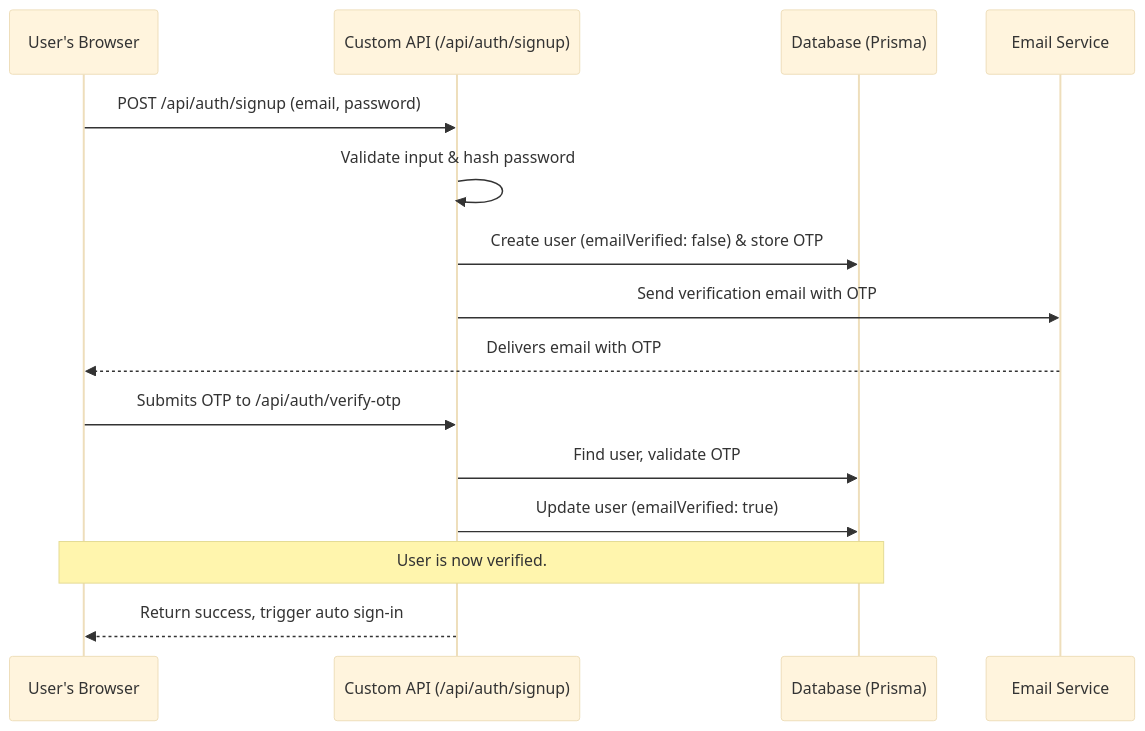
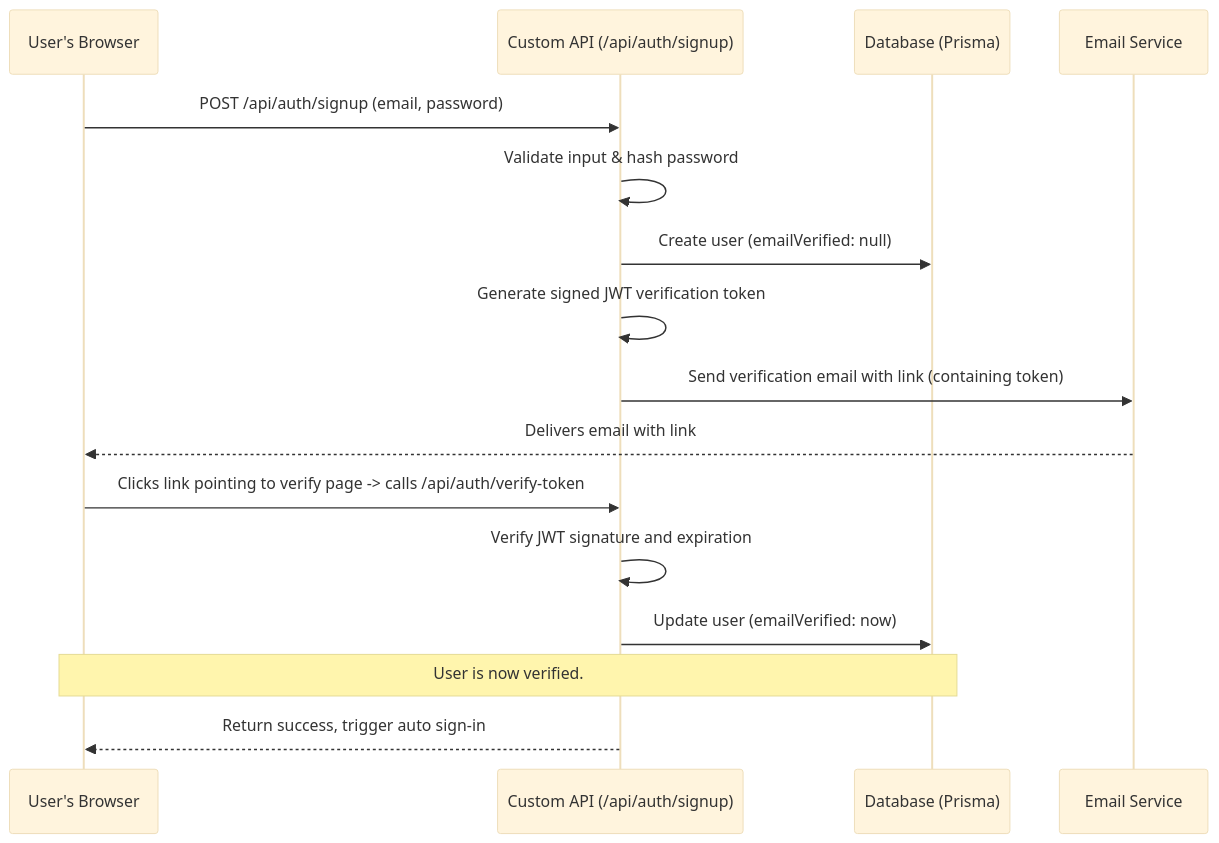
The first of 2 diagrams in docs/how-it-works/auth.md (OmkumarMangukiya/prone), drawn with Mermaid (base theme) before and after one commit. The commit also changed other lines of this file and 52 other files, not shown here.

````diff
--- a/docs/how-it-works/auth.md
+++ b/docs/how-it-works/auth.md
@@ -15,18 +15,19 @@
 ```mermaid
 sequenceDiagram
     participant User as User's Browser
     participant CustomAPI as Custom API (/api/auth/signup)
     participant DB as Database (Prisma)
     participant Email as Email Service
 
     User->>CustomAPI: POST /api/auth/signup (email, password)
     CustomAPI->>CustomAPI: Validate input & hash password
-    CustomAPI->>DB: Create user (emailVerified: false) & store OTP
-    CustomAPI->>Email: Send verification email with OTP
-    Email-->>User: Delivers email with OTP
-    User->>CustomAPI: Submits OTP to /api/auth/verify-otp
-    CustomAPI->>DB: Find user, validate OTP
-    CustomAPI->>DB: Update user (emailVerified: true)
+    CustomAPI->>DB: Create user (emailVerified: null)
+    CustomAPI->>CustomAPI: Generate signed JWT verification token
+    CustomAPI->>Email: Send verification email with link (containing token)
+    Email-->>User: Delivers email with link
+    User->>CustomAPI: Clicks link pointing to verify page -> calls /api/auth/verify-token
+    CustomAPI->>CustomAPI: Verify JWT signature and expiration
+    CustomAPI->>DB: Update user (emailVerified: now)
     Note over User, DB: User is now verified.
     CustomAPI-->>User: Return success, trigger auto sign-in
 ```
````
